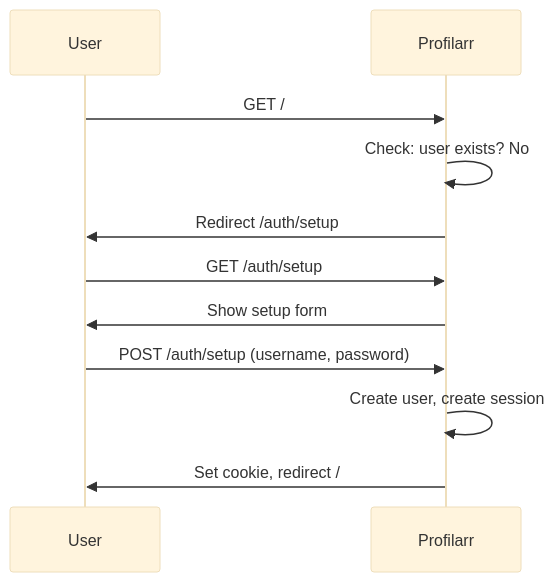
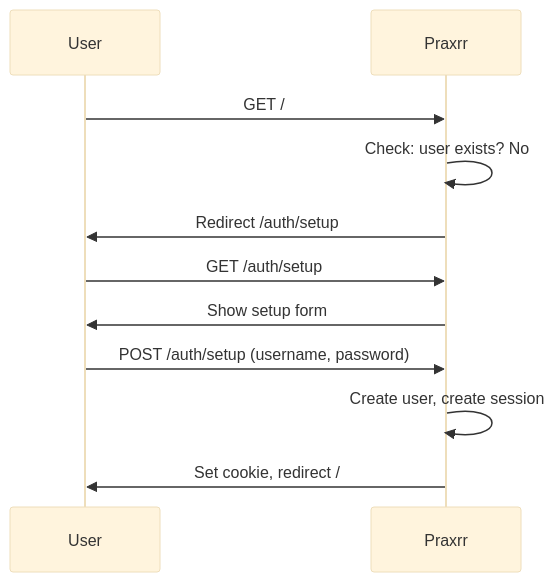
One commit to yandy-r/praxrr changed the first of 7 diagrams in src/lib/server/utils/auth/README.md. Above: the diagram before and after it, drawn with Mermaid (base theme). The commit also changed other lines of this file and 185 other files, not shown here.

First line of the commit message:
chore(branding): rebrand profilarr to praxrr

````diff
--- a/src/lib/server/utils/auth/README.md
+++ b/src/lib/server/utils/auth/README.md
@@ -22,14 +22,14 @@
 ```mermaid
 sequenceDiagram
     participant U as User
-    participant P as Profilarr
+    participant P as Praxrr
 
     U->>P: GET /
     P->>P: Check: user exists? No
     P->>U: Redirect /auth/setup
     U->>P: GET /auth/setup
     P->>U: Show setup form
     U->>P: POST /auth/setup (username, password)
     P->>P: Create user, create session
     P->>U: Set cookie, redirect /
 ```
````
